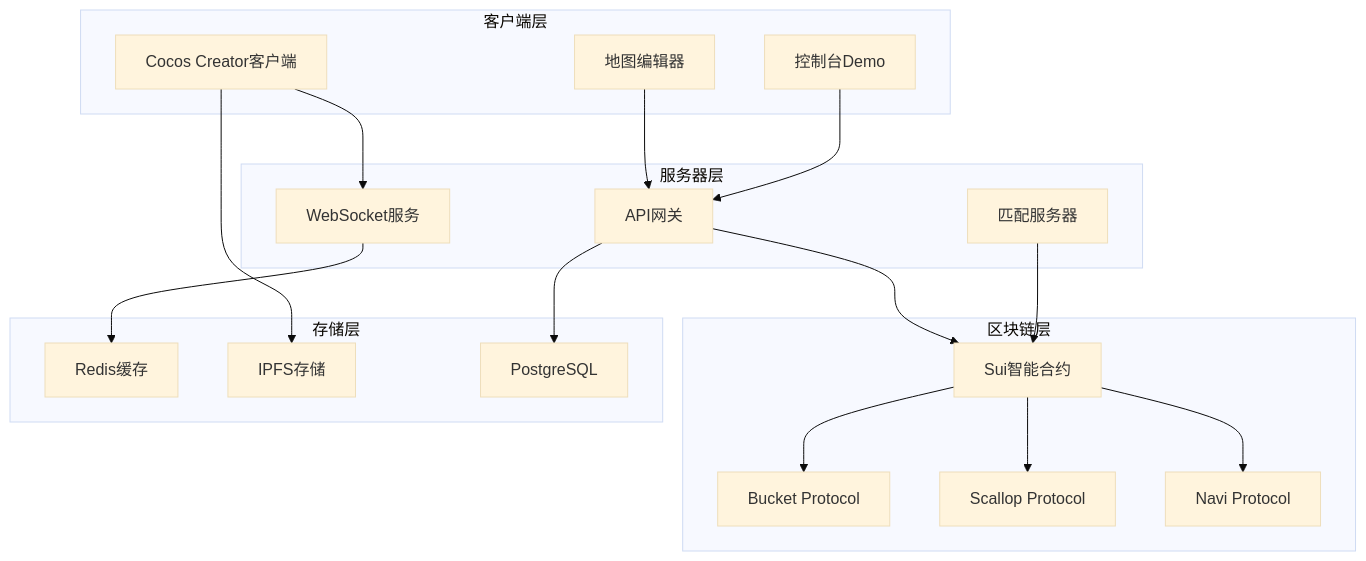
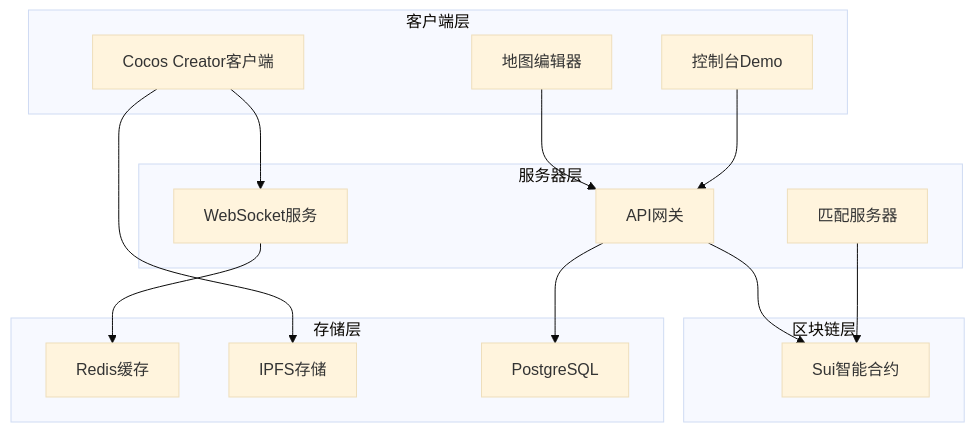
One commit to 0x-zeros/web3-tycoon changed the diagram in docs/tech/architecture.md. Above: the diagram before and after it, drawn with Mermaid (base theme). The commit also changed other lines of this file and 11 other files, not shown here.

````diff
--- a/docs/tech/architecture.md
+++ b/docs/tech/architecture.md
@@ -5,42 +5,35 @@
 ```mermaid
 graph TB
     subgraph "客户端层"
         CC[Cocos Creator客户端]
         CD[控制台Demo]
         ME[地图编辑器]
     end
     
     subgraph "服务器层"
         MM[匹配服务器]
         API[API网关]
         WS[WebSocket服务]
     end
     
     subgraph "区块链层"
         SC[Sui智能合约]
-        BUCKET[Bucket Protocol]
-        SCALLOP[Scallop Protocol]
-        NAVI[Navi Protocol]
     end
     
     subgraph "存储层"
         REDIS[Redis缓存]
         IPFS[IPFS存储]
         DB[PostgreSQL]
     end
     
     CC --> WS
     CD --> API
     ME --> API
     
     MM --> SC
     API --> SC
     WS --> REDIS
     
-    SC --> BUCKET
-    SC --> SCALLOP
-    SC --> NAVI
-    
     API --> DB
     CC --> IPFS
 ```
````
